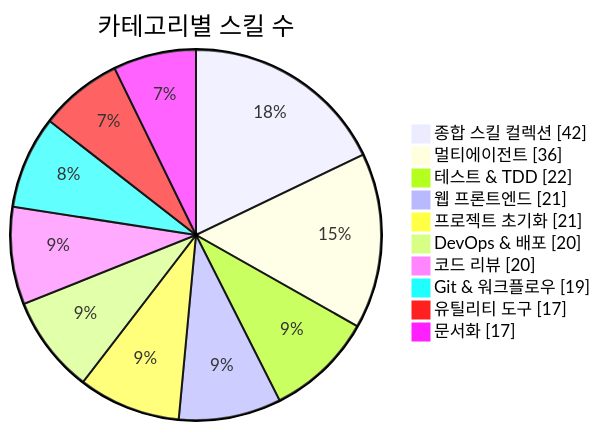
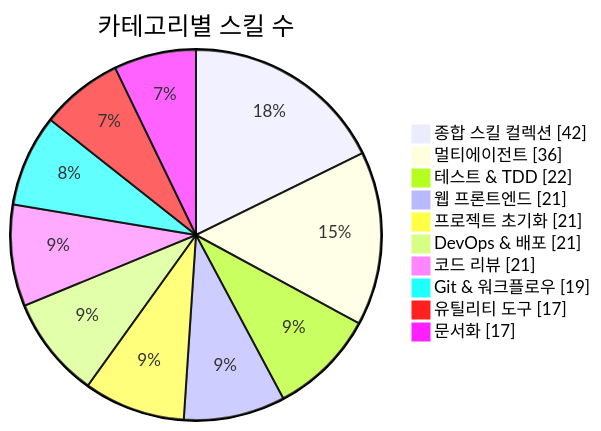
One commit to J-nowcow/awesome-korean-agent-skills changed the first of 3 diagrams in README.md. Above: the diagram before and after it, drawn with Mermaid. The commit also changed other lines of this file and 5 other files, not shown here.

````diff
--- a/README.md
+++ b/README.md
@@ -176,14 +176,14 @@
 ```mermaid
 pie showData
     title 카테고리별 스킬 수
     "종합 스킬 컬렉션" : 42
     "멀티에이전트" : 36
     "테스트 & TDD" : 22
     "웹 프론트엔드" : 21
     "프로젝트 초기화" : 21
-    "DevOps & 배포" : 20
-    "코드 리뷰" : 20
+    "DevOps & 배포" : 21
+    "코드 리뷰" : 21
     "Git & 워크플로우" : 19
     "유틸리티 도구" : 17
     "문서화" : 17
 ```
````
